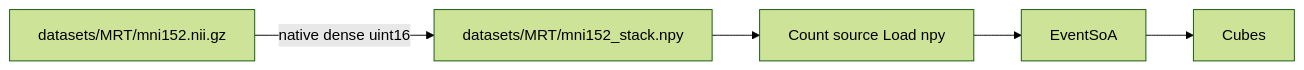
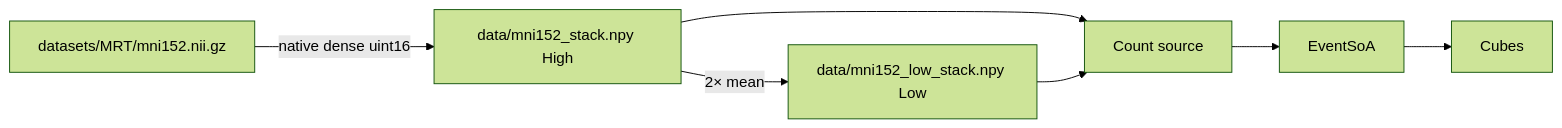
One commit to PiMaV/DONNER changed the tenth of 33 diagrams in architecture.md. Above: the diagram before and after it, drawn with Mermaid (forest theme). The commit also changed other lines of this file and 19 other files, not shown here.

Commit message:
Ship a 2×-binned Brain MRI Low as the visitor default so native High stays opt-in.

````diff
--- a/architecture.md
+++ b/architecture.md
@@ -256,9 +256,14 @@
 ```mermaid
 flowchart LR
   nii[datasets/MRT/mni152.nii.gz]
-  mniNpy[datasets/MRT/mni152_stack.npy]
-  countLoad[Count source Load npy]
+  mniHigh[data/mni152_stack.npy High]
+  mniLow[data/mni152_low_stack.npy Low]
+  countLoad[Count source]
   soaMri[EventSoA]
   cubesMri[Cubes]
-  nii -->|"native dense uint16"| mniNpy --> countLoad --> soaMri --> cubesMri
+  nii -->|"native dense uint16"| mniHigh
+  mniHigh -->|"2× mean"| mniLow
+  mniHigh --> countLoad
+  mniLow --> countLoad
+  countLoad --> soaMri --> cubesMri
 ```
````
